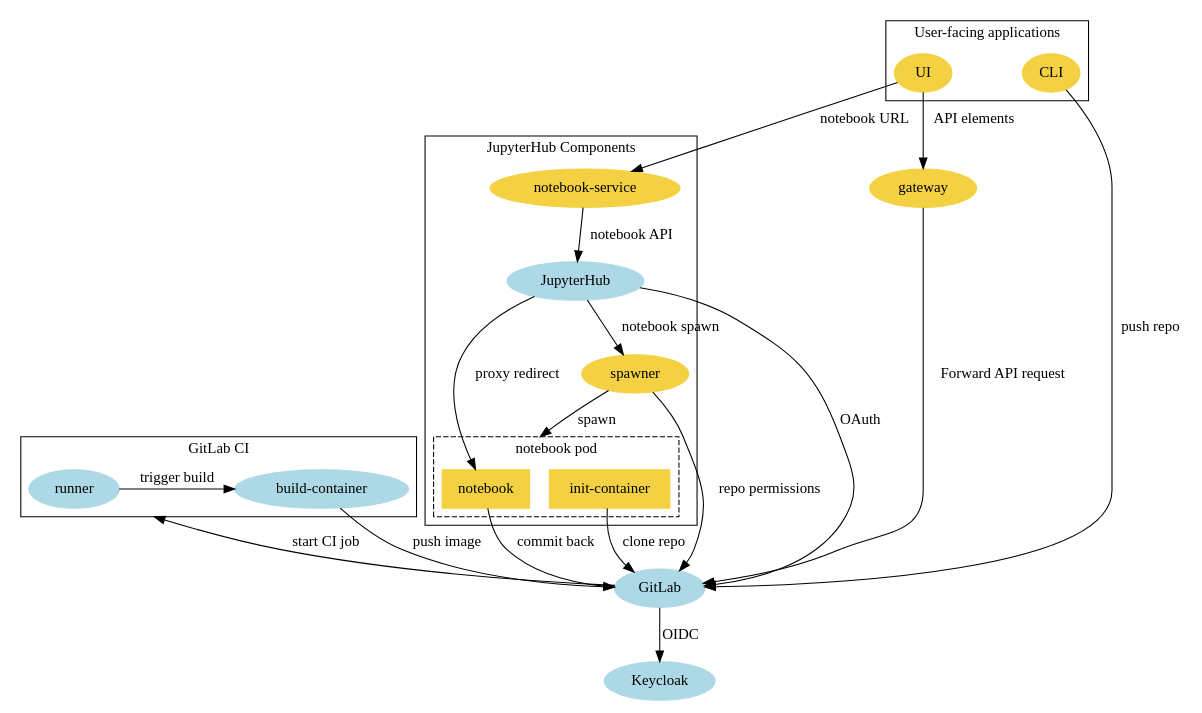
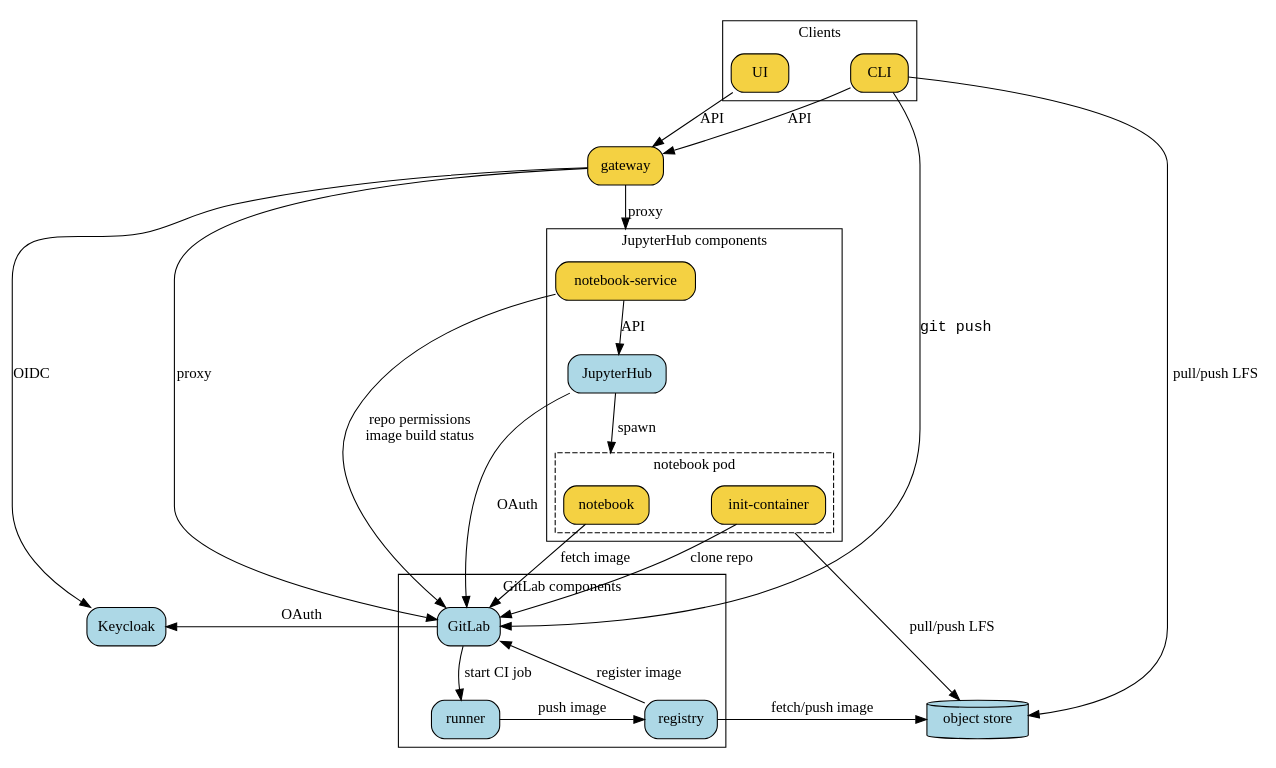
The diagram in docs/_static/graphviz/renku_architecture.dot (SwissDataScienceCenter/renku), drawn with Graphviz before and after one commit. The commit also changed 2 other files, not shown here.

Commit message:
docs: update arch diagrams

```diff
--- a/docs/_static/graphviz/renku_architecture.dot
+++ b/docs/_static/graphviz/renku_architecture.dot
@@ -1,63 +1,80 @@
-digraph architecture {
+strict digraph architecture {
   compound=true;
+  newrank=true;
+
+  graph [fontname="Raleway", nodesep="0.8"];
+  node [shape="rect", style="filled,rounded", fontname="Raleway"];
+  edge [fontname="Raleway"]
 
 
-  GitLab [color="lightblue", style="filled"]
-  Keycloak [color="lightblue", style="filled"]
-  UI [color="#f4d142", style="filled"]
-  CLI [color="#f4d142", style="filled"]
-  gateway [color="#f4d142", style="filled"]
-  JupyterHub [color="lightblue", style="filled"]
-  "notebook-service" [color="#f4d142", style="filled"]
-  spawner [color="#f4d142", style="filled"]
-  "notebook" [shape="rect", color="#f4d142", style="filled"]
-  "init-container" [shape="rect", color="#f4d142", style="filled"]
-  runner [color="lightblue", style="filled"]
-  "build-container" [color="lightblue", style="filled"]
+  # main off-the-shelf services
+  GitLab [fillcolor="lightblue"]
+  Keycloak [fillcolor="lightblue"]
+  JupyterHub [fillcolor="lightblue"]
 
-  subgraph auth_layer {
-    GitLab -> Keycloak [label="OIDC"]
-    // {rank=same; Keycloak, GitLab};
-  }
+  # gitlab-ci
+  runner [fillcolor="lightblue"]
+  registry [fillcolor="lightblue"]
 
-  subgraph cluster_client_side_apps {
-    label="User-facing applications"
+  # clients
+  UI [fillcolor="#f4d142"]
+  CLI [fillcolor="#f4d142"]
+
+  # custom services
+  gateway [fillcolor="#f4d142"]
+  "notebook-service" [fillcolor="#f4d142"]
+  notebook [shape="rect", fillcolor="#f4d142"]
+  "init-container" [shape="rect", fillcolor="#f4d142"]
+
+  # storage
+  storage [fillcolor="lightblue", label="object store", shape="cylinder"]
+
+  subgraph cluster_clients {
+    label="Clients"
     UI
     CLI
     {rank=same; UI, CLI};
   }
 
   subgraph cluster_jupyterhub{
-    label="JupyterHub Components"
-    JupyterHub -> spawner [label="notebook spawn"]
-    spawner -> notebook [label="spawn", lhead=cluster_notebook];
-    JupyterHub -> notebook [label="proxy redirect"]
-    "notebook-service" -> JupyterHub [label="notebook API"]
+    label="JupyterHub components"
+    "notebook-service" -> JupyterHub [label="API"]
 
     subgraph cluster_notebook {
-      label="notebook pod"
-      style="dashed";
-      "init-container"
-      "notebook"
-    }
+        label="notebook pod"
+        style="dashed";
+        "init-container"
+        notebook
+        {rank=same; "init-container", notebook}
+      }
   }
 
-  subgraph cluster_ci {
-    rankdir=LR;
-    label="GitLab CI"
-    runner -> "build-container" [label="trigger build"]
-    {rank=same; "runner", "build-container"};
+  subgraph cluster_gitlab {
+    label="GitLab components"
+    GitLab -> runner [label="start CI job", lhead=cluster_ci]
+    runner -> registry [label="push image"]
+    registry -> GitLab [label="register image"]
+    {rank=same; "runner", registry};
   }
 
-  spawner -> GitLab [label="repo permissions"]
   JupyterHub -> GitLab [label="OAuth"]
   "notebook" -> "GitLab" [label="commit back"]
   "init-container" -> "GitLab" [label="clone repo"]
-  "build-container" -> GitLab [label="push image"]
-  GitLab -> runner [label="start CI job", lhead=cluster_ci]
 
-  CLI -> GitLab [label="push repo"]
-  UI -> gateway [label="API elements"]
-  gateway -> GitLab [label="Forward API request"]
-  UI -> "notebook-service" [label="notebook URL"]
+  CLI -> GitLab [label="git push" fontname="courier"]
+  CLI -> gateway [label="API"]
+  UI -> gateway [label="API"]
+  GitLab -> Keycloak [label="OAuth"]
+  gateway -> GitLab [label="proxy"]
+  gateway -> "notebook-service" [label="proxy", lhead=cluster_jupyterhub]
+  gateway -> Keycloak [label="OIDC"]
+  "notebook-service" -> GitLab [label="repo permissions\nimage build status"]
+  JupyterHub -> notebook [label="spawn", lhead=cluster_notebook]
+  "notebook" -> GitLab [label="fetch image", lhead=cluster_notebook]
+  registry -> storage [label="fetch/push image"]
+  CLI -> storage [label="pull/push LFS"]
+  "init-container" -> storage [label="pull/push LFS", ltail=cluster_notebook]
+
+  { rank=same; GitLab; Keycloak}
+  { rank=same; registry; storage; }
 }
```
